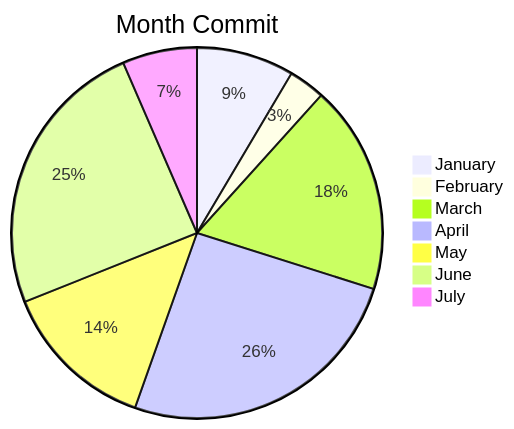
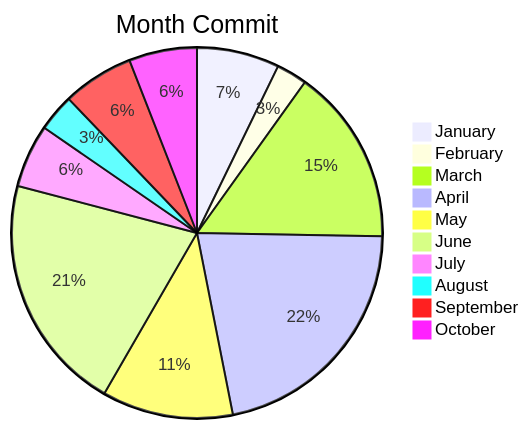
Before and after one commit to BackdevHong/WOC: the first of 2 diagrams in README.md, drawn with Mermaid. The commit also changed other lines of this file, not shown here.

````diff
--- a/README.md
+++ b/README.md
@@ -13,10 +16,13 @@
 ```mermaid
 pie title Month Commit
     "January" : 51
     "February" : 19
     "March" : 109
     "April" : 153
     "May" : 81
     "June" : 147
     "July" : 39
+    "August" : 23
+    "September" : 44
+    "October" : 42
 ```
````
